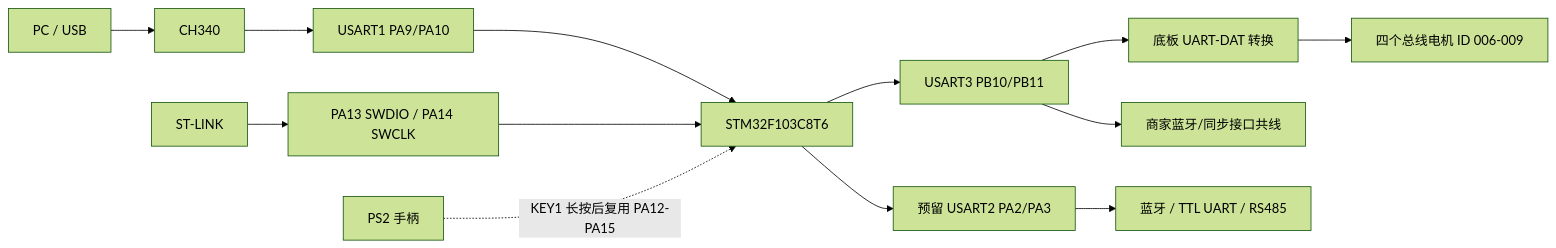
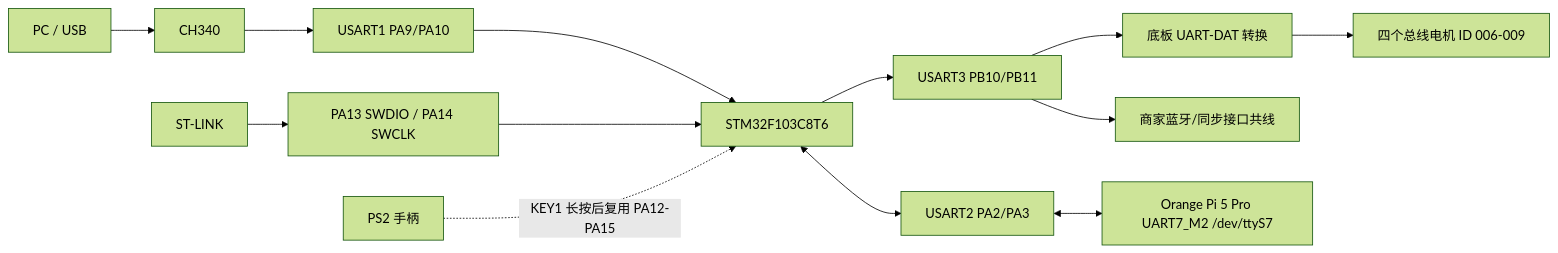
Before and after one commit to chbq/c5-car-playground: the first of 2 diagrams in docs/hardware.md, drawn with Mermaid (forest theme). The commit also changed other lines of this file and 59 other files, not shown here.

````diff
--- a/docs/hardware.md
+++ b/docs/hardware.md
@@ -27,15 +27,15 @@
 ```mermaid
 flowchart LR
     PC["PC / USB"] --> CH340["CH340"]
     CH340 --> U1["USART1 PA9/PA10"]
     U1 --> MCU["STM32F103C8T6"]
     MCU --> U3["USART3 PB10/PB11"]
     U3 --> DAT["底板 UART-DAT 转换"]
     DAT --> M["四个总线电机 ID 006-009"]
     U3 --> LEGACY["商家蓝牙/同步接口共线"]
-    MCU --> U2["预留 USART2 PA2/PA3"]
-    U2 --> EXT["蓝牙 / TTL UART / RS485"]
+    MCU <--> U2["USART2 PA2/PA3"]
+    U2 <--> OPI["Orange Pi 5 Pro UART7_M2 /dev/ttyS7"]
     SWD["ST-LINK"] --> DBG["PA13 SWDIO / PA14 SWCLK"]
     DBG --> MCU
     PS2["PS2 手柄"] -. "KEY1 长按后复用 PA12-PA15" .-> MCU
 ```
````
